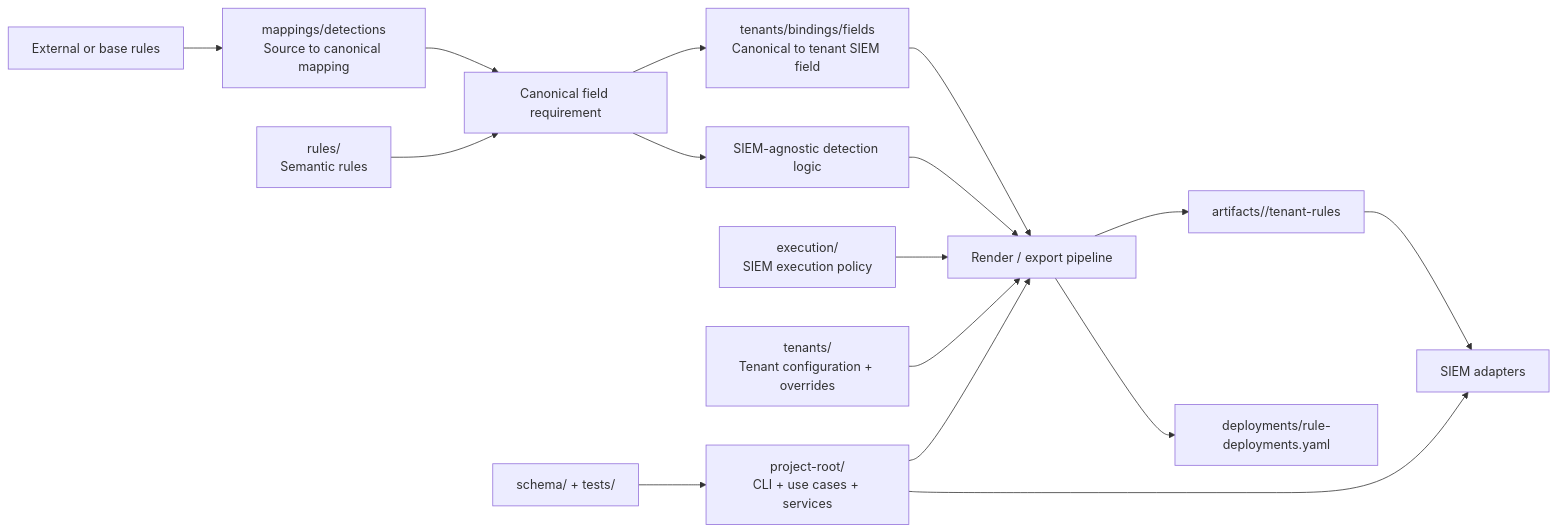
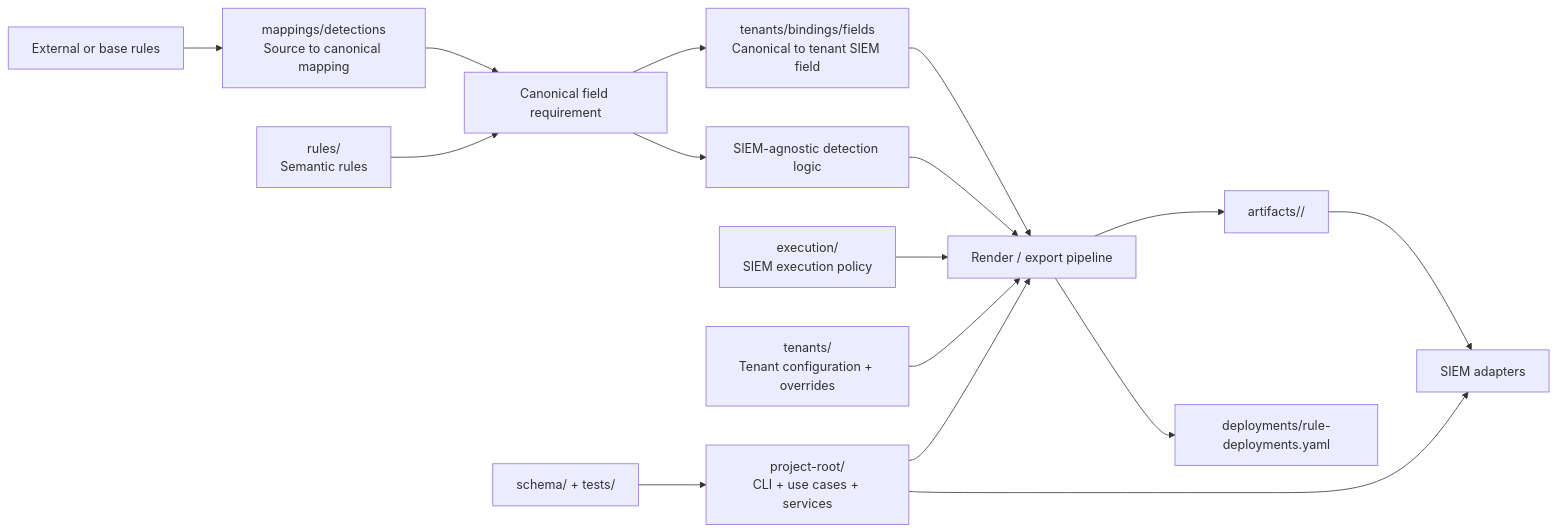
The diagram in docs/architecture/project-architecture.md (shuumaiko/SIEM-Detection-as-Code), drawn with Mermaid before and after one commit. The commit also changed other lines of this file and 47 other files, not shown here.

````diff
--- a/docs/architecture/project-architecture.md
+++ b/docs/architecture/project-architecture.md
@@ -98,22 +98,22 @@
 ```mermaid
 flowchart LR
     A[External or base rules] --> B[mappings/detections\nSource to canonical mapping]
     B --> C[Canonical field requirement]
     C --> D[tenants/bindings/fields\nCanonical to tenant SIEM field]
 
     E[rules/\nSemantic rules] --> C
     C --> F[SIEM-agnostic detection logic]
 
     G[execution/\nSIEM execution policy] --> H[Render / export pipeline]
     I[tenants/\nTenant configuration + overrides] --> H
     D --> H
     F --> H
 
-    H --> J[artifacts/<tenant>/tenant-rules]
+    H --> J[artifacts/<tenant>/<siem-id>]
     H --> K[deployments/rule-deployments.yaml]
 
     L[project-root/\nCLI + use cases + services] --> H
     M[schema/ + tests/] --> L
     L --> N[SIEM adapters]
     J --> N
 ```
````
